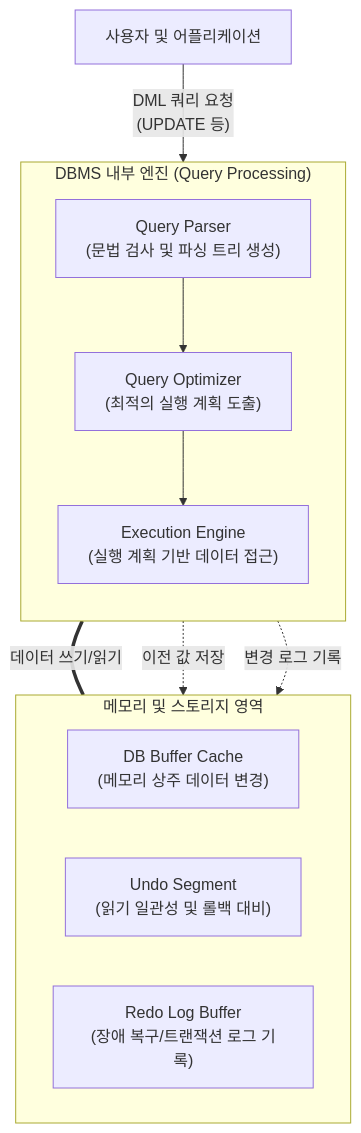
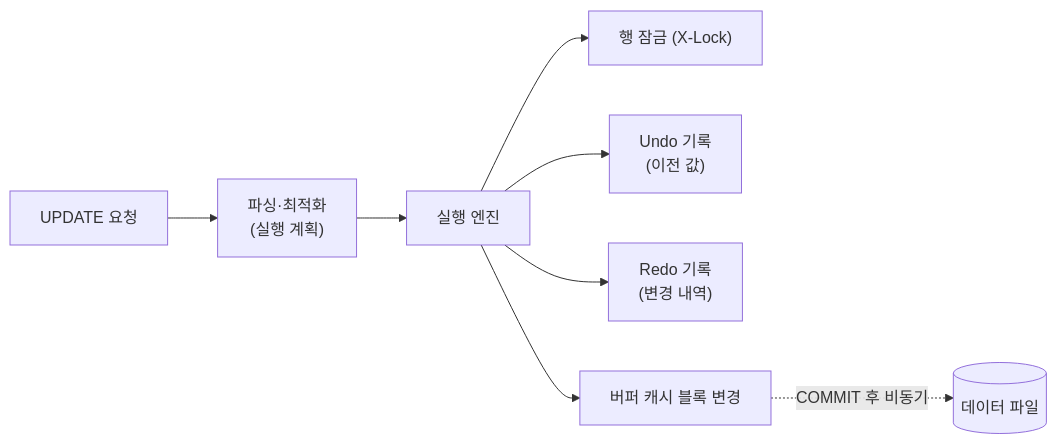
One commit to supremethumb/supremethumb.github.io changed the diagram in content/01_IT Tech/DML.md. Above: the diagram before and after it, drawn with Mermaid. The commit also changed other lines of this file and 1087 other files, not shown here.

````diff
--- a/content/01_IT Tech/DML.md
+++ b/content/01_IT Tech/DML.md
@@ -27,25 +35,10 @@
 ```mermaid
-flowchart TD
-    User["사용자 및 어플리케이션"]
-    
-    subgraph DBMS_Engine ["DBMS 내부 엔진 (Query Processing)"]
-        direction TB
-        Parser["Query Parser<br/>(문법 검사 및 파싱 트리 생성)"]
-        Optimizer["Query Optimizer<br/>(최적의 실행 계획 도출)"]
-        Executor["Execution Engine<br/>(실행 계획 기반 데이터 접근)"]
-        Parser --> Optimizer --> Executor
-    end
-    
-    subgraph Storage_Memory ["메모리 및 스토리지 영역"]
-        direction LR
-        Buffer["DB Buffer Cache<br/>(메모리 상주 데이터 변경)"]
-        Undo["Undo Segment<br/>(읽기 일관성 및 롤백 대비)"]
-        Redo["Redo Log Buffer<br/>(장애 복구/트랜잭션 로그 기록)"]
-    end
-
-    User -- "DML 쿼리 요청<br/>(UPDATE 등)" --> Parser
-    Executor == "데이터 쓰기/읽기" === Buffer
-    Executor -. "이전 값 저장" .-> Undo
-    Executor -. "변경 로그 기록" .-> Redo
-
+flowchart LR
+    U["UPDATE 요청"] --> P["파싱·최적화<br/>(실행 계획)"]
+    P --> E["실행 엔진"]
+    E --> L["행 잠금 (X-Lock)"]
+    E --> UN["Undo 기록<br/>(이전 값)"]
+    E --> RE["Redo 기록<br/>(변경 내역)"]
+    E --> B["버퍼 캐시 블록 변경"]
+    B -.->|"COMMIT 후 비동기"| D[("데이터 파일")]
 ```
````
